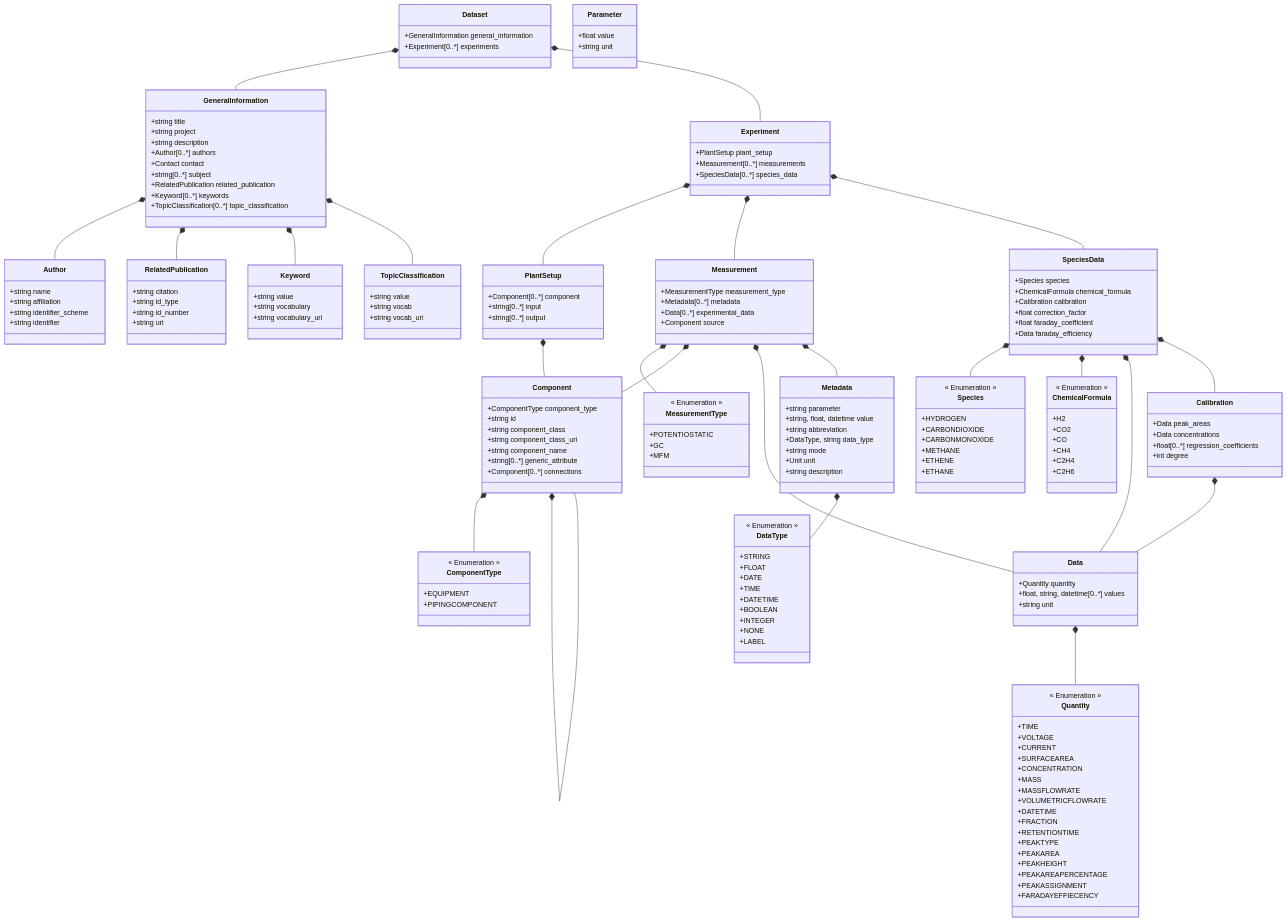
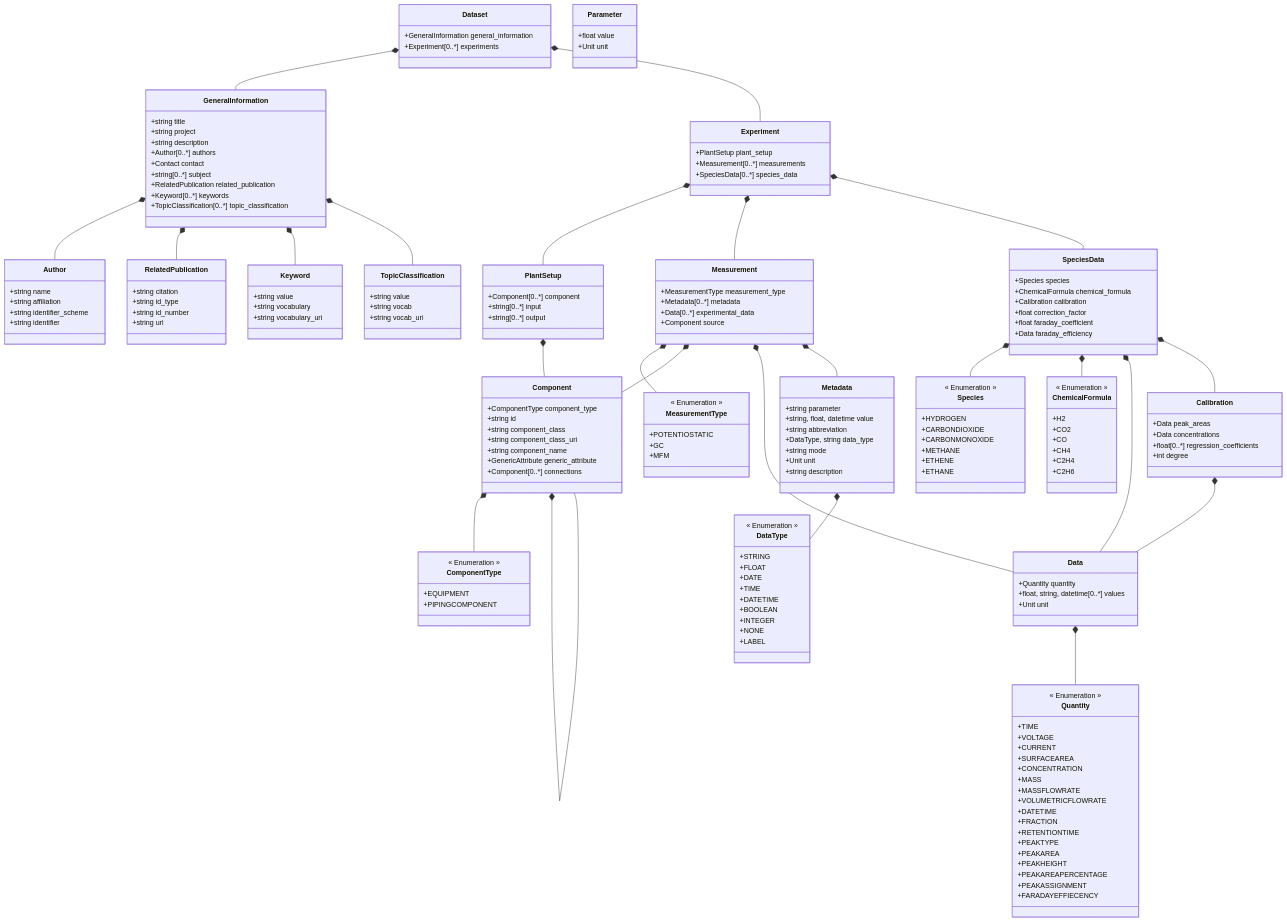
One commit to FAIRChemistry/FAIRFlow changed the diagram in fairflowchemistry_schema.md. Above: the diagram before and after it, drawn with Mermaid. The commit also changed 17 other files, not shown here.

```diff
--- a/fairflowchemistry_schema.md
+++ b/fairflowchemistry_schema.md
@@ -85,19 +85,19 @@
         +string component_class
         +string component_class_uri
         +string component_name
-        +string[0..*] generic_attribute
+        +GenericAttribute generic_attribute
         +Component[0..*] connections
     }
     
     class Parameter {
         +float value
-        +string unit
+        +Unit unit
     }
     
     class Data {
         +Quantity quantity
         +float, string, datetime[0..*] values
-        +string unit
+        +Unit unit
     }
     
     class Metadata {
```
